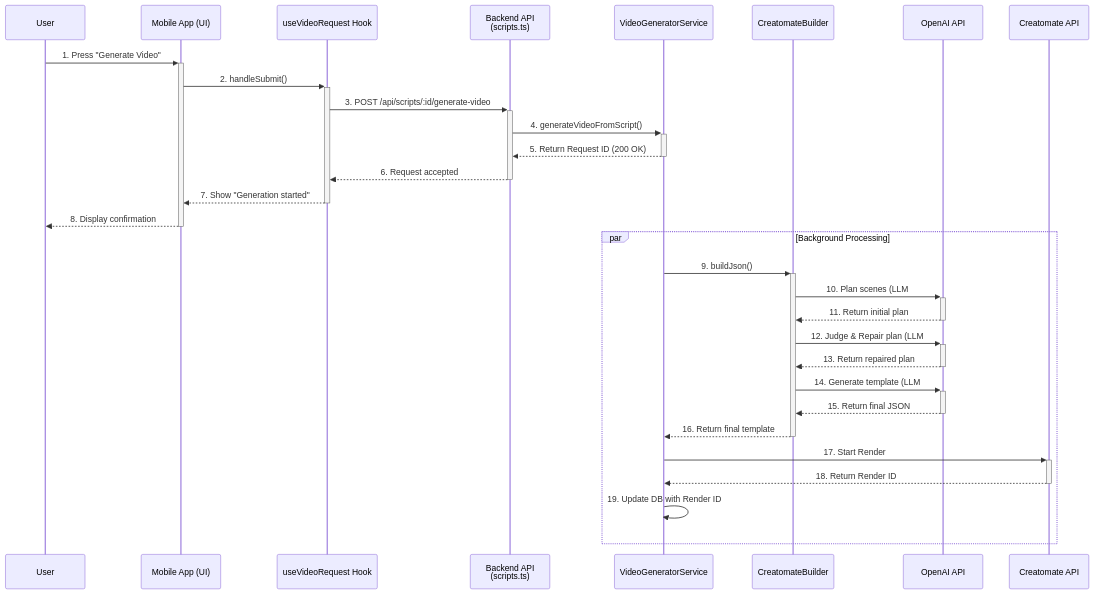
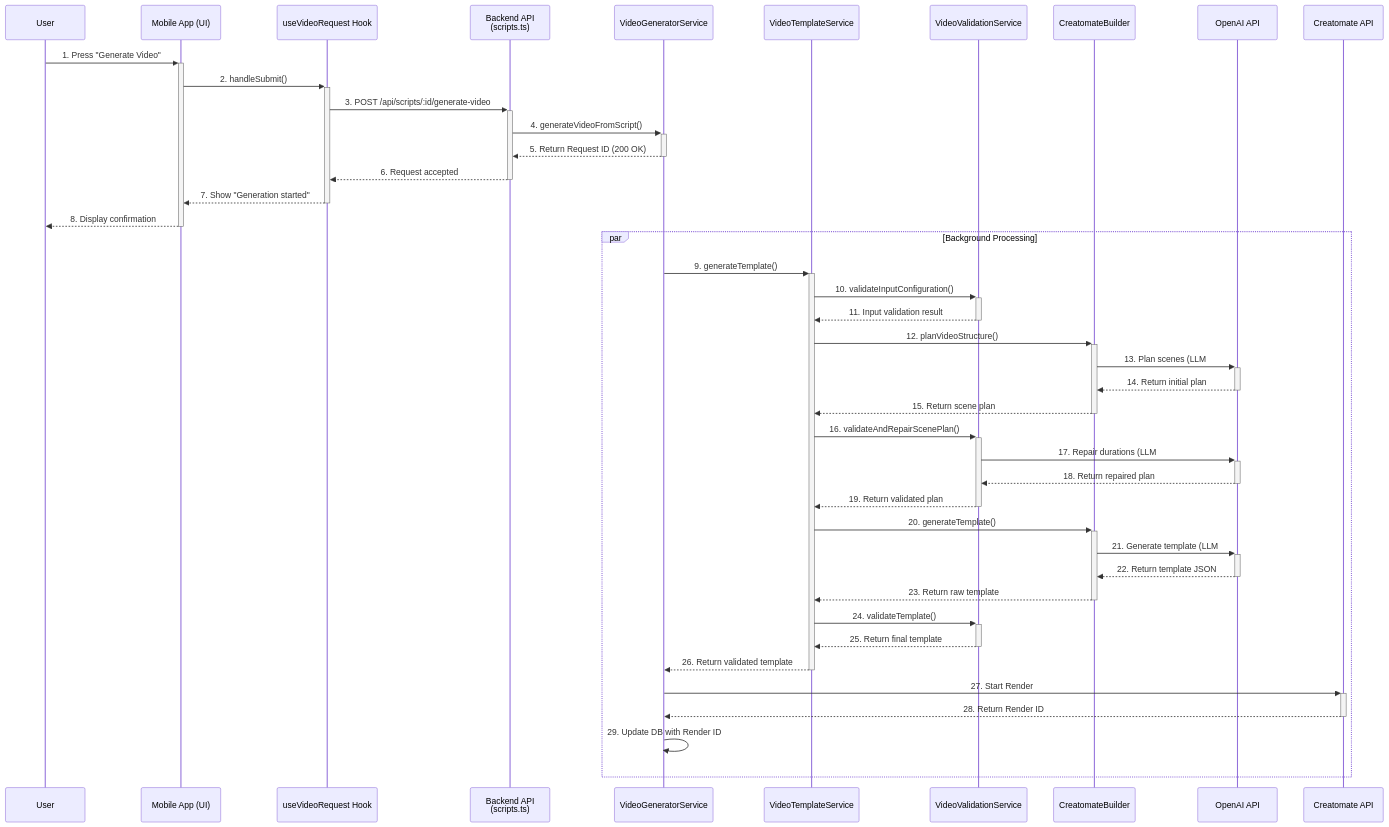
One commit to suarja/nodejs changed the diagram in docs/SCRIPT_VIDEO_PIPELINE.md. Above: the diagram before and after it, drawn with Mermaid. The commit also changed other lines of this file and 1 other file, not shown here.

First line of the commit message:
refactor: restructure video generation pipeline for improved modularity and validation

````diff
--- a/docs/SCRIPT_VIDEO_PIPELINE.md
+++ b/docs/SCRIPT_VIDEO_PIPELINE.md
@@ -87,36 +102,54 @@
 ```mermaid
 sequenceDiagram
     participant User
     participant MobileApp as Mobile App (UI)
     participant VideoHook as useVideoRequest Hook
     participant BackendAPI as Backend API<br>(scripts.ts)
     participant VideoService as VideoGeneratorService
+    participant TemplateService as VideoTemplateService
+    participant ValidationService as VideoValidationService
     participant Builder as CreatomateBuilder
     participant OpenAI as OpenAI API
     participant Creatomate as Creatomate API
 
     User->>+MobileApp: 1. Press "Generate Video"
     MobileApp->>+VideoHook: 2. handleSubmit()
     VideoHook->>+BackendAPI: 3. POST /api/scripts/:id/generate-video
 
     BackendAPI->>+VideoService: 4. generateVideoFromScript()
     VideoService-->>-BackendAPI: 5. Return Request ID (200 OK)
     BackendAPI-->>-VideoHook: 6. Request accepted
     VideoHook-->>-MobileApp: 7. Show "Generation started"
     MobileApp-->>-User: 8. Display confirmation
 
     par Background Processing
-        VideoService->>+Builder: 9. buildJson()
-        Builder->>+OpenAI: 10. Plan scenes (LLM #1)
-        OpenAI-->>-Builder: 11. Return initial plan
-        Builder->>+OpenAI: 12. Judge & Repair plan (LLM #2)
-        OpenAI-->>-Builder: 13. Return repaired plan
-        Builder->>+OpenAI: 14. Generate template (LLM #3)
-        OpenAI-->>-Builder: 15. Return final JSON
-        Builder-->>-VideoService: 16. Return final template
+        VideoService->>+TemplateService: 9. generateTemplate()
+        
+        TemplateService->>+ValidationService: 10. validateInputConfiguration()
+        ValidationService-->>-TemplateService: 11. Input validation result
+        
+        TemplateService->>+Builder: 12. planVideoStructure()
+        Builder->>+OpenAI: 13. Plan scenes (LLM #1)
+        OpenAI-->>-Builder: 14. Return initial plan
+        Builder-->>-TemplateService: 15. Return scene plan
+        
+        TemplateService->>+ValidationService: 16. validateAndRepairScenePlan()
+        ValidationService->>+OpenAI: 17. Repair durations (LLM #2)
+        OpenAI-->>-ValidationService: 18. Return repaired plan
+        ValidationService-->>-TemplateService: 19. Return validated plan
+        
+        TemplateService->>+Builder: 20. generateTemplate()
+        Builder->>+OpenAI: 21. Generate template (LLM #3)
+        OpenAI-->>-Builder: 22. Return template JSON
+        Builder-->>-TemplateService: 23. Return raw template
+        
+        TemplateService->>+ValidationService: 24. validateTemplate()
+        ValidationService-->>-TemplateService: 25. Return final template
+        
+        TemplateService-->>-VideoService: 26. Return validated template
 
-        VideoService->>+Creatomate: 17. Start Render
-        Creatomate-->>-VideoService: 18. Return Render ID
-        VideoService->>VideoService: 19. Update DB with Render ID
+        VideoService->>+Creatomate: 27. Start Render
+        Creatomate-->>-VideoService: 28. Return Render ID
+        VideoService->>VideoService: 29. Update DB with Render ID
     end
 ```
````
